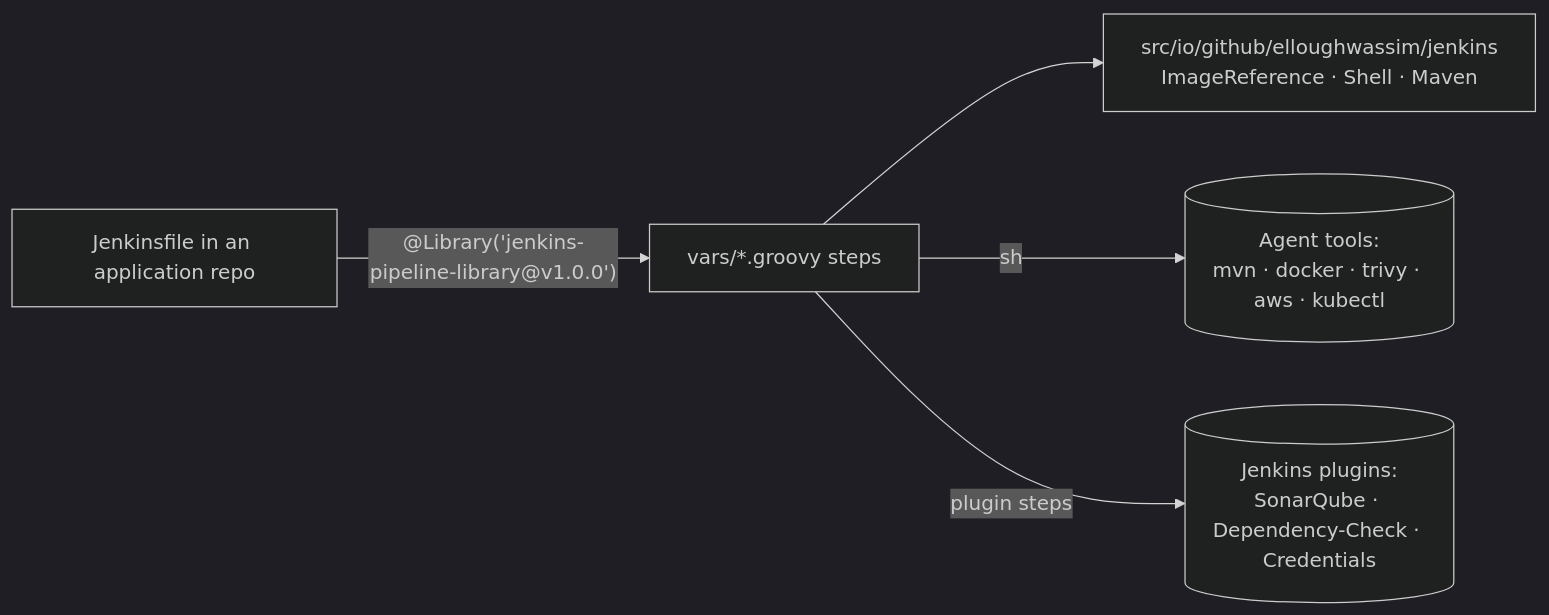
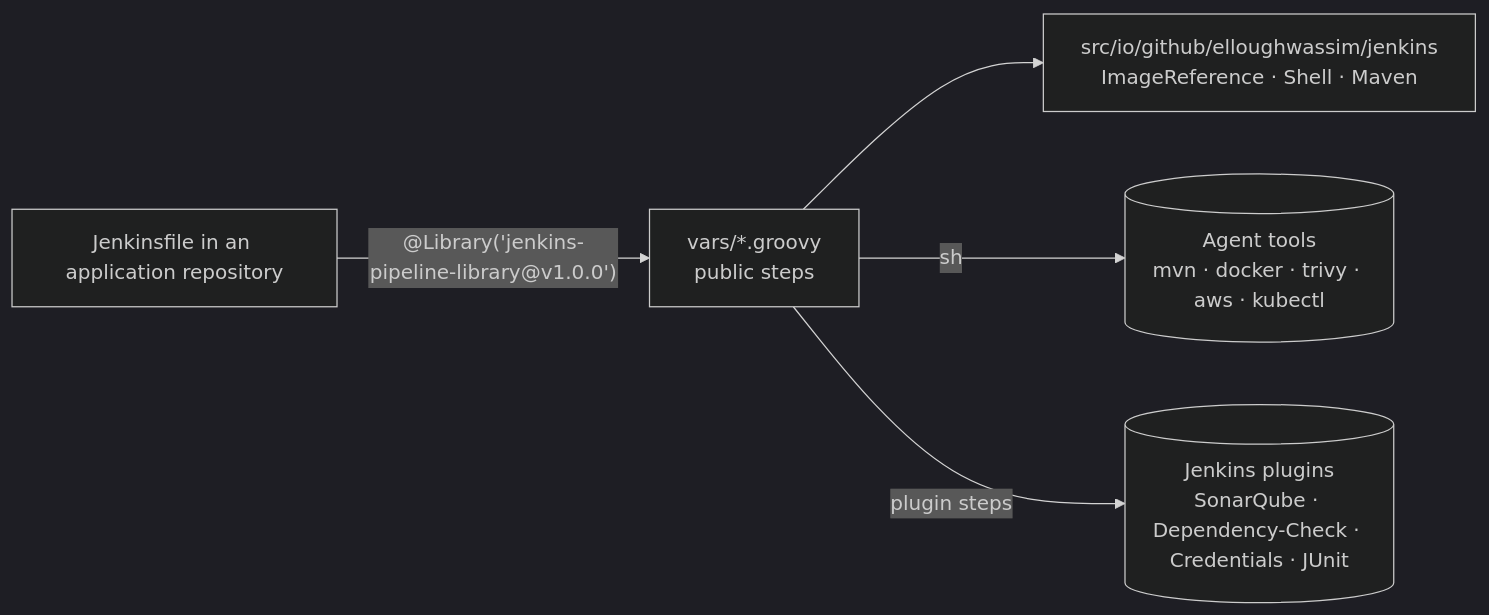
Before and after one commit to ElloughWassim/jenkins-pipeline-library: the diagram in README.md, drawn with Mermaid (dark theme). The commit also changed other lines of this file, not shown here.

````diff
--- a/README.md
+++ b/README.md
@@ -41,7 +56,7 @@
 ```mermaid
 flowchart LR
-    JF[Jenkinsfile in an application repo] -->|"@Library('jenkins-pipeline-library@v1.0.0')"| V[vars/*.groovy steps]
+    JF[Jenkinsfile in an application repository] -->|"@Library('jenkins-pipeline-library@v1.0.0')"| V[vars/*.groovy<br/>public steps]
     V --> S[src/io/github/elloughwassim/jenkins<br/>ImageReference · Shell · Maven]
-    V -->|sh| T[(Agent tools:<br/>mvn · docker · trivy · aws · kubectl)]
-    V -->|plugin steps| P[(Jenkins plugins:<br/>SonarQube · Dependency-Check · Credentials)]
+    V -->|sh| T[(Agent tools<br/>mvn · docker · trivy · aws · kubectl)]
+    V -->|plugin steps| P[(Jenkins plugins<br/>SonarQube · Dependency-Check · Credentials · JUnit)]
 ```
````
